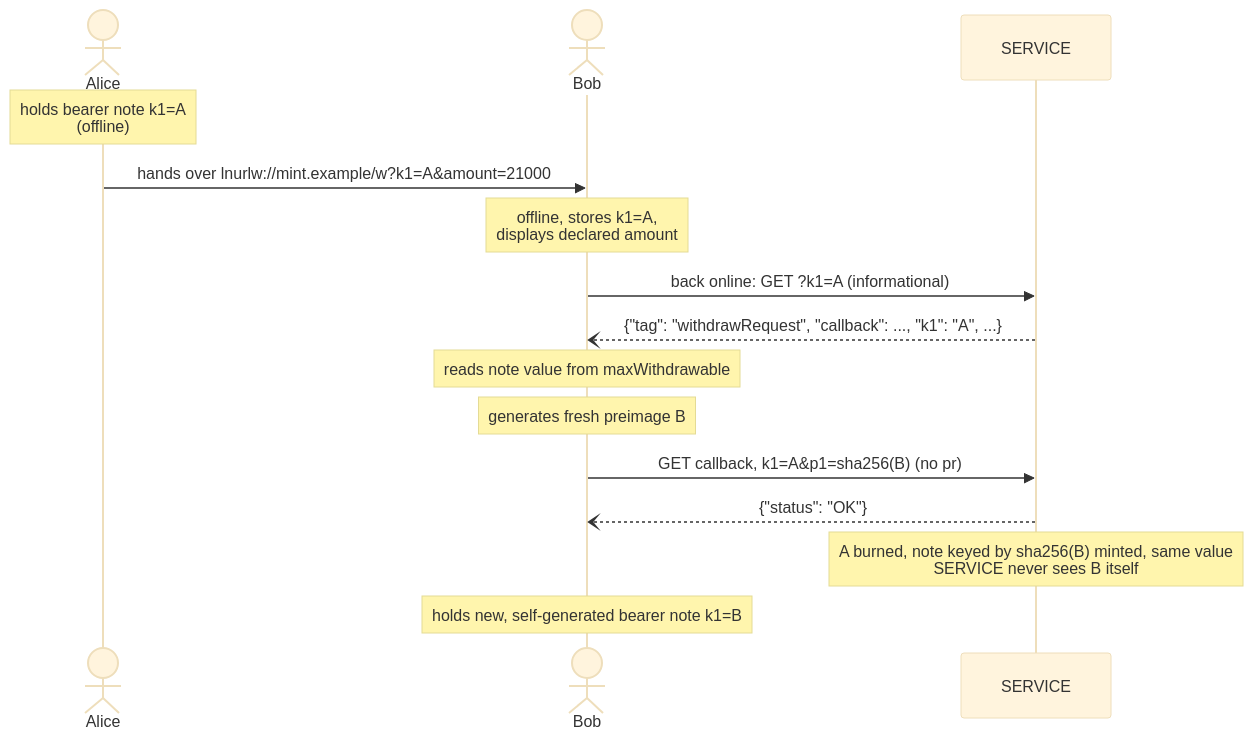
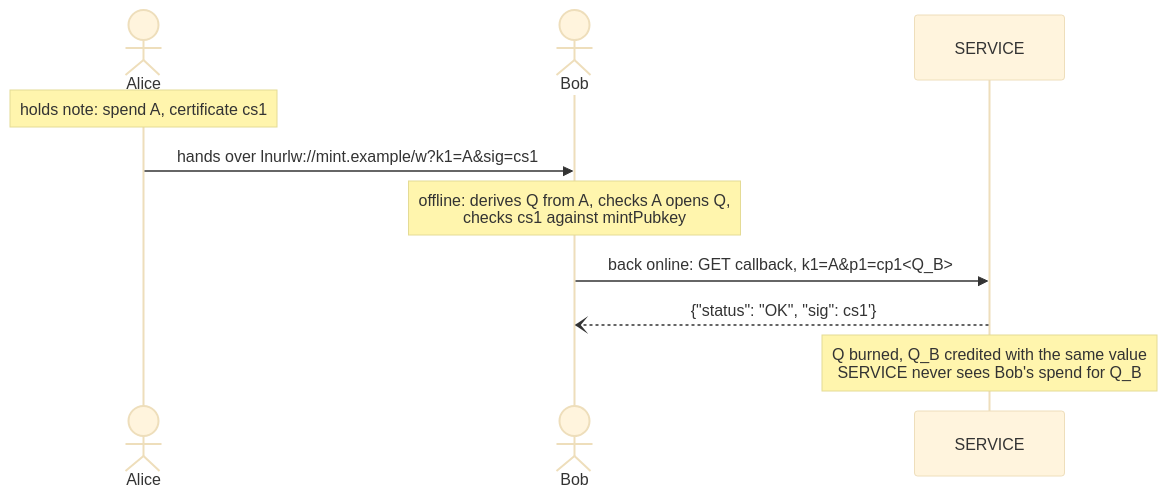
One commit to lnurl/luds changed the second of 3 diagrams in 25.md. Above: the diagram before and after it, drawn with Mermaid (base theme). The commit also changed other lines of this file, not shown here.

````diff
--- a/25.md
+++ b/25.md
@@ -125,17 +275,12 @@
 ```mermaid
 sequenceDiagram
     actor Alice
     actor Bob
     participant SERVICE
-    Note over Alice: holds bearer note k1=A<br/>(offline)
-    Alice->>Bob: hands over lnurlw://mint.example/w?k1=A&amount=21000
-    Note over Bob: offline, stores k1=A,<br/>displays declared amount
-    Bob->>SERVICE: back online: GET ?k1=A (informational)
-    SERVICE--)Bob: {"tag": "withdrawRequest", "callback": ..., "k1": "A", ...}
-    Note over Bob: reads note value from maxWithdrawable
-    Note over Bob: generates fresh preimage B
-    Bob->>SERVICE: GET callback, k1=A&p1=sha256(B) (no pr)
-    SERVICE--)Bob: {"status": "OK"}
-    Note over SERVICE: A burned, note keyed by sha256(B) minted, same value<br/>SERVICE never sees B itself
-    Note over Bob: holds new, self-generated bearer note k1=B
+    Note over Alice: holds note: spend A, certificate cs1
+    Alice->>Bob: hands over lnurlw://mint.example/w?k1=A&sig=cs1
+    Note over Bob: offline: derives Q from A, checks A opens Q,<br/>checks cs1 against mintPubkey
+    Bob->>SERVICE: back online: GET callback, k1=A&p1=cp1<Q_B>
+    SERVICE--)Bob: {"status": "OK", "sig": cs1'}
+    Note over SERVICE: Q burned, Q_B credited with the same value<br/>SERVICE never sees Bob's spend for Q_B
 ```
````
